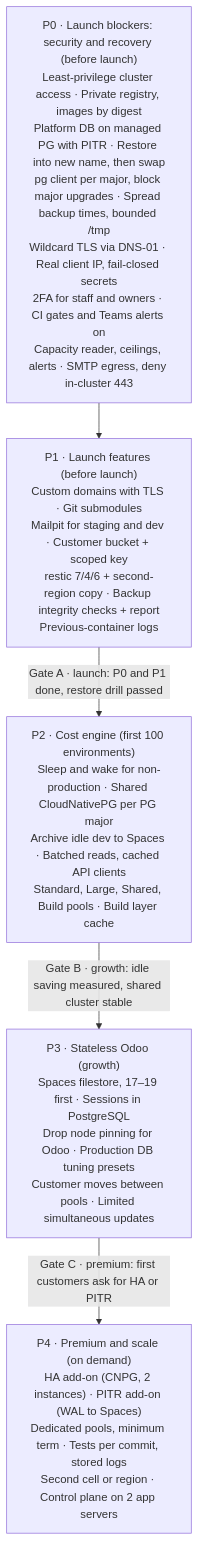
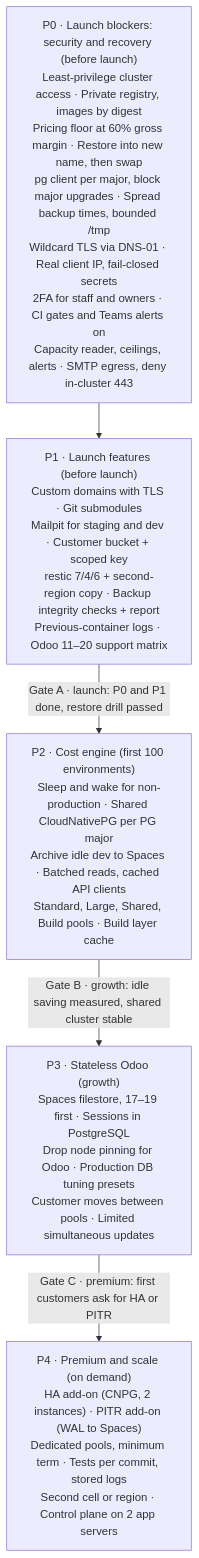
The second of 2 diagrams in ARCHITECTURE-TARGET.md (moutazmuhammad/odoo-saas-platform), drawn with Mermaid before and after one commit. The commit also changed other lines of this file and 1 other file, not shown here.

First line of the commit message:
Plans: detailed fixes for the launch blockers, custom domains for Production, and the 2026-10-11 decisions

````diff
--- a/ARCHITECTURE-TARGET.md
+++ b/ARCHITECTURE-TARGET.md
@@ -304,12 +308,12 @@
 ```mermaid
 flowchart TD
-    P0["P0 · Launch blockers: security and recovery (before launch)<br/>Least-privilege cluster access · Private registry, images by digest<br/>Platform DB on managed PG with PITR · Restore into new name, then swap<br/>pg client per major, block major upgrades · Spread backup times, bounded /tmp<br/>Wildcard TLS via DNS-01 · Real client IP, fail-closed secrets<br/>2FA for staff and owners · CI gates and Teams alerts on<br/>Capacity reader, ceilings, alerts · SMTP egress, deny in-cluster 443"]
-    P1["P1 · Launch features (before launch)<br/>Custom domains with TLS · Git submodules<br/>Mailpit for staging and dev · Customer bucket + scoped key<br/>restic 7/4/6 + second-region copy · Backup integrity checks + report<br/>Previous-container logs"]
+    P0["P0 · Launch blockers: security and recovery (before launch)<br/>Least-privilege cluster access · Private registry, images by digest<br/>Pricing floor at 60% gross margin · Restore into new name, then swap<br/>pg client per major, block major upgrades · Spread backup times, bounded /tmp<br/>Wildcard TLS via DNS-01 · Real client IP, fail-closed secrets<br/>2FA for staff and owners · CI gates and Teams alerts on<br/>Capacity reader, ceilings, alerts · SMTP egress, deny in-cluster 443"]
+    P1["P1 · Launch features (before launch)<br/>Custom domains with TLS · Git submodules<br/>Mailpit for staging and dev · Customer bucket + scoped key<br/>restic 7/4/6 + second-region copy · Backup integrity checks + report<br/>Previous-container logs · Odoo 11–20 support matrix"]
     P2["P2 · Cost engine (first 100 environments)<br/>Sleep and wake for non-production · Shared CloudNativePG per PG major<br/>Archive idle dev to Spaces · Batched reads, cached API clients<br/>Standard, Large, Shared, Build pools · Build layer cache"]
     P3["P3 · Stateless Odoo (growth)<br/>Spaces filestore, 17–19 first · Sessions in PostgreSQL<br/>Drop node pinning for Odoo · Production DB tuning presets<br/>Customer moves between pools · Limited simultaneous updates"]
     P4["P4 · Premium and scale (on demand)<br/>HA add-on (CNPG, 2 instances) · PITR add-on (WAL to Spaces)<br/>Dedicated pools, minimum term · Tests per commit, stored logs<br/>Second cell or region · Control plane on 2 app servers"]
     P0 --> P1
     P1 -- "Gate A · launch: P0 and P1 done, restore drill passed" --> P2
     P2 -- "Gate B · growth: idle saving measured, shared cluster stable" --> P3
     P3 -- "Gate C · premium: first customers ask for HA or PITR" --> P4
 ```
````
